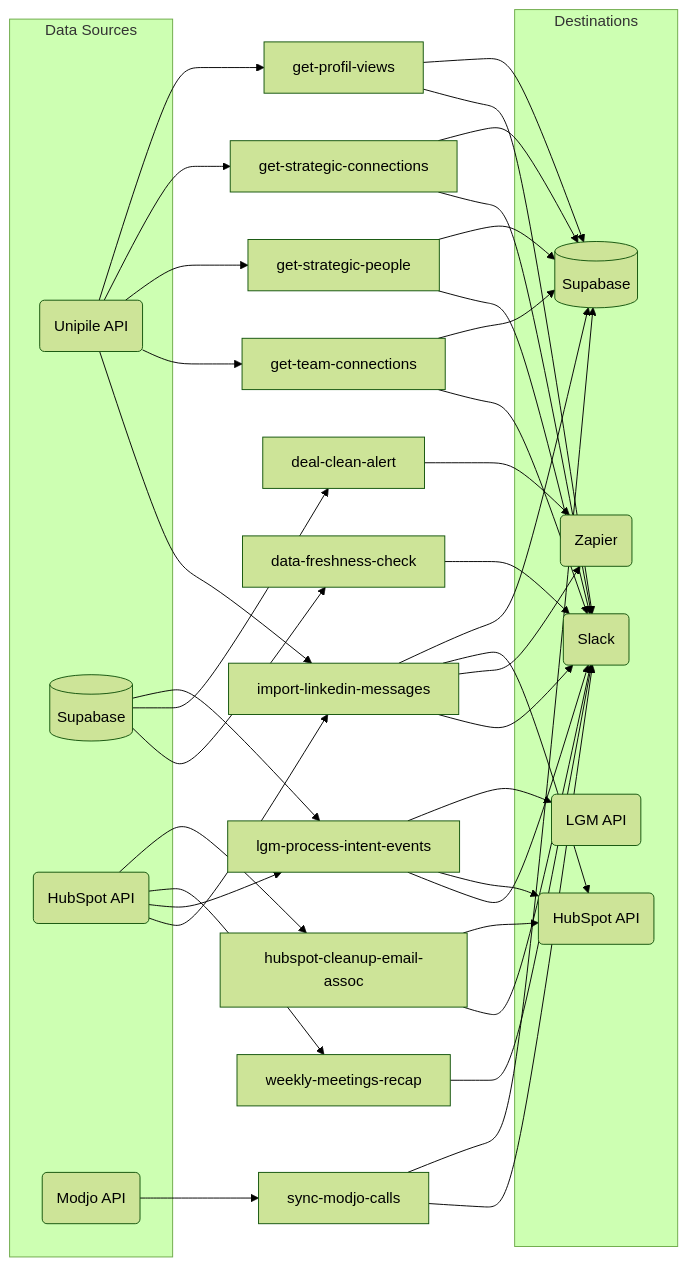
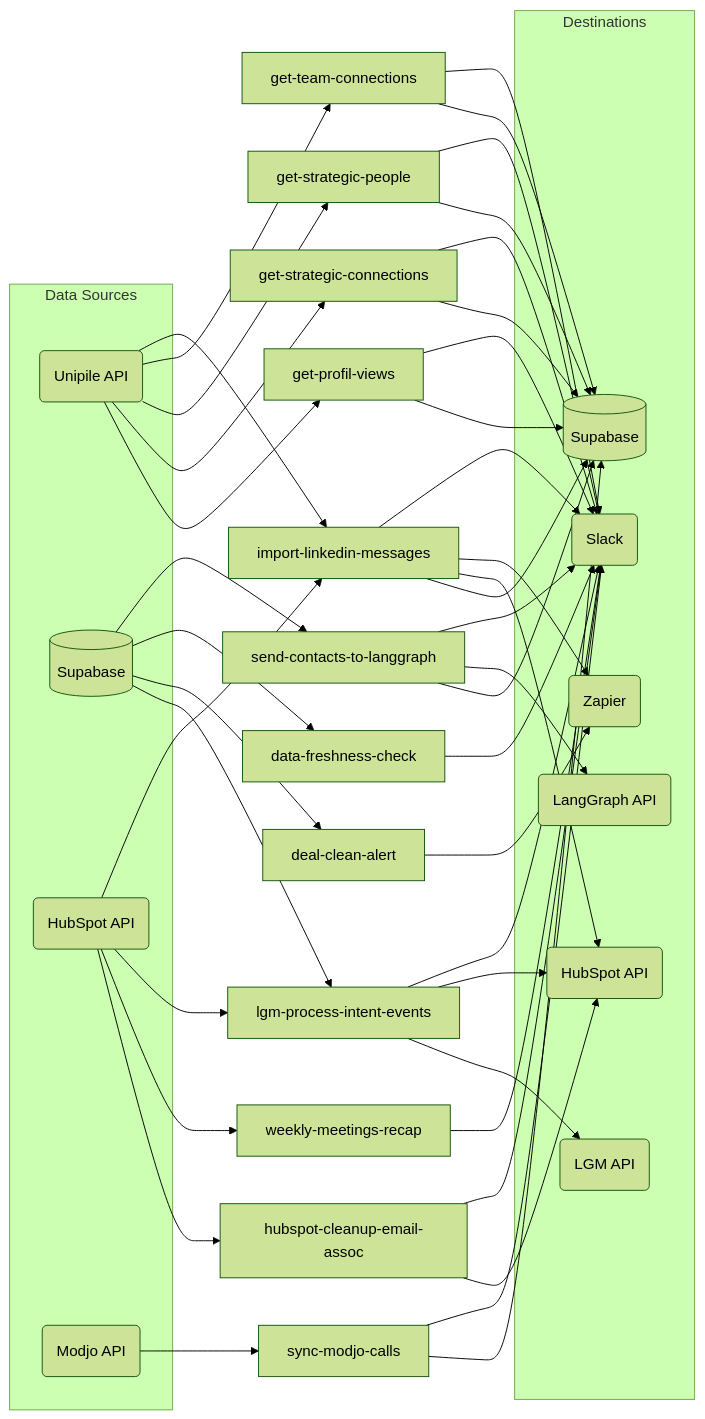
Before and after one commit to AirSaas/linkedin-scrapp: the first of 14 diagrams in CLAUDE.md, drawn with Mermaid (forest theme). The commit also changed other lines of this file and 2 other files, not shown here.

First line of the commit message:
Add send-contacts-to-langgraph task

````diff
--- a/CLAUDE.md
+++ b/CLAUDE.md
@@ -44,34 +45,36 @@
 ```mermaid
 flowchart LR
     subgraph src ["Data Sources"]
         UN(Unipile API)
         SB[(Supabase)]
         HS_I(HubSpot API)
         MJ(Modjo API)
     end
 
     subgraph dst ["Destinations"]
         LGM_O(LGM API)
         HS_O(HubSpot API)
         SB_O[(Supabase)]
         SL(Slack)
         ZP(Zapier)
+        LG(LangGraph API)
     end
 
     UN --> GPV[get-profil-views] & GSC[get-strategic-connections] & GSP[get-strategic-people] & GTC[get-team-connections] & ILM[import-linkedin-messages]
-    SB --> LPI[lgm-process-intent-events] & DCA[deal-clean-alert] & DFC[data-freshness-check]
+    SB --> LPI[lgm-process-intent-events] & DCA[deal-clean-alert] & DFC[data-freshness-check] & SCL[send-contacts-to-langgraph]
     HS_I --> HCE[hubspot-cleanup-email-assoc] & WMR[weekly-meetings-recap] & LPI & ILM
     MJ --> SMC[sync-modjo-calls]
 
     GPV --> SB_O & SL
     GSC --> SB_O & SL
     GSP --> SB_O & SL
     GTC --> SB_O & SL
     LPI --> LGM_O & HS_O & SL
     HCE --> HS_O & SL
     ILM --> SB_O & HS_O & ZP & SL
     WMR --> SL
     DCA --> ZP
     DFC --> SL
     SMC --> SB_O & SL
+    SCL --> SB_O & LG & SL
 ```
````
